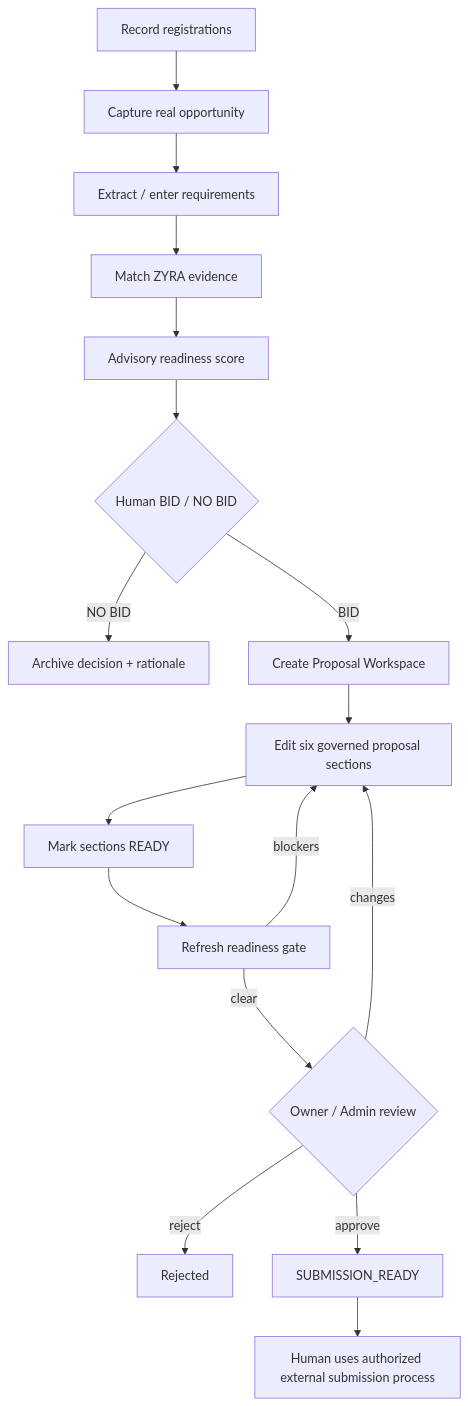
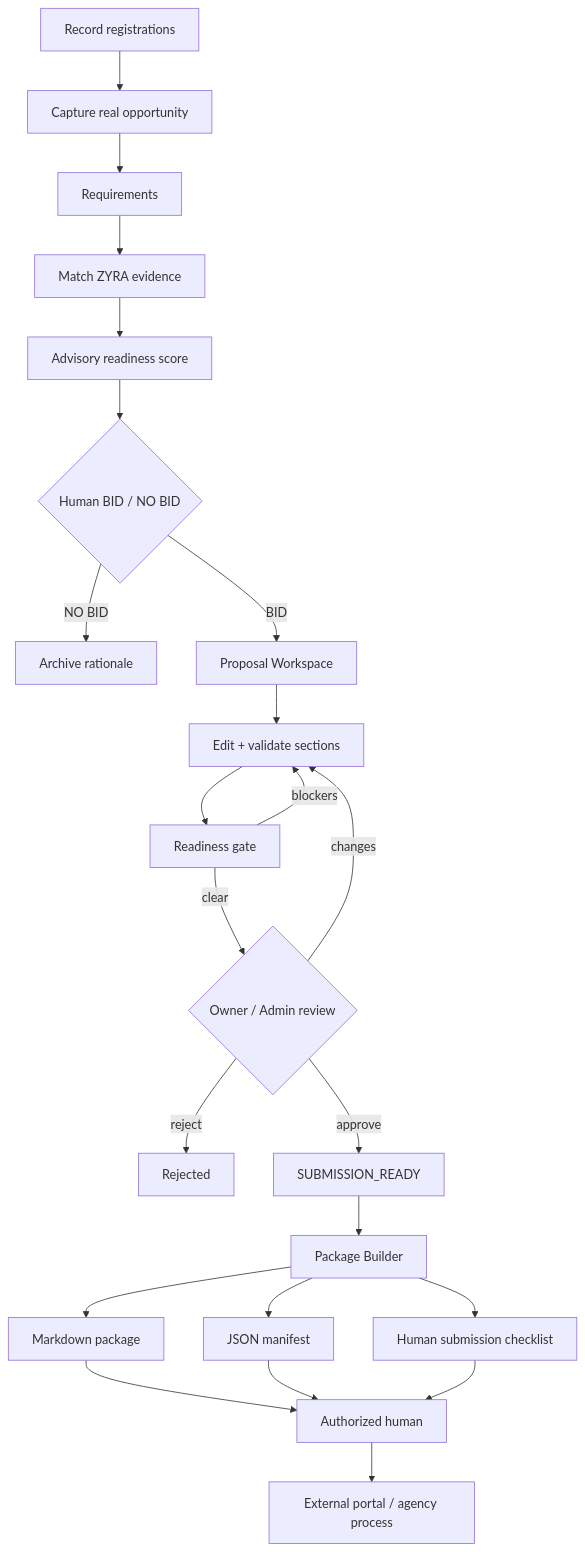
Before and after one commit to sonoxo/zyra: the first of 3 diagrams in products/nxyz-contractops/README.md, drawn with Mermaid. The commit also changed other lines of this file, not shown here.

Commit message:
docs(contractops): ship v0.7 submission package builder README

````diff
--- a/products/nxyz-contractops/README.md
+++ b/products/nxyz-contractops/README.md
@@ -54,19 +62,25 @@
 ```mermaid
 flowchart TD
     A[Record registrations] --> B[Capture real opportunity]
-    B --> C[Extract / enter requirements]
+    B --> C[Requirements]
     C --> D[Match ZYRA evidence]
     D --> E[Advisory readiness score]
     E --> F{Human BID / NO BID}
-    F -->|NO BID| G[Archive decision + rationale]
-    F -->|BID| H[Create Proposal Workspace]
-    H --> I[Edit six governed proposal sections]
-    I --> J[Mark sections READY]
-    J --> K[Refresh readiness gate]
-    K -->|blockers| I
-    K -->|clear| L{Owner / Admin review}
-    L -->|changes| I
-    L -->|reject| M[Rejected]
-    L -->|approve| N[SUBMISSION_READY]
-    N --> O[Human uses authorized external submission process]
+    F -->|NO BID| G[Archive rationale]
+    F -->|BID| H[Proposal Workspace]
+    H --> I[Edit + validate sections]
+    I --> J[Readiness gate]
+    J -->|blockers| I
+    J -->|clear| K{Owner / Admin review}
+    K -->|changes| I
+    K -->|reject| L[Rejected]
+    K -->|approve| M[SUBMISSION_READY]
+    M --> N[Package Builder]
+    N --> O[Markdown package]
+    N --> P[JSON manifest]
+    N --> Q[Human submission checklist]
+    O --> R[Authorized human]
+    P --> R
+    Q --> R
+    R --> S[External portal / agency process]
 ```
````
